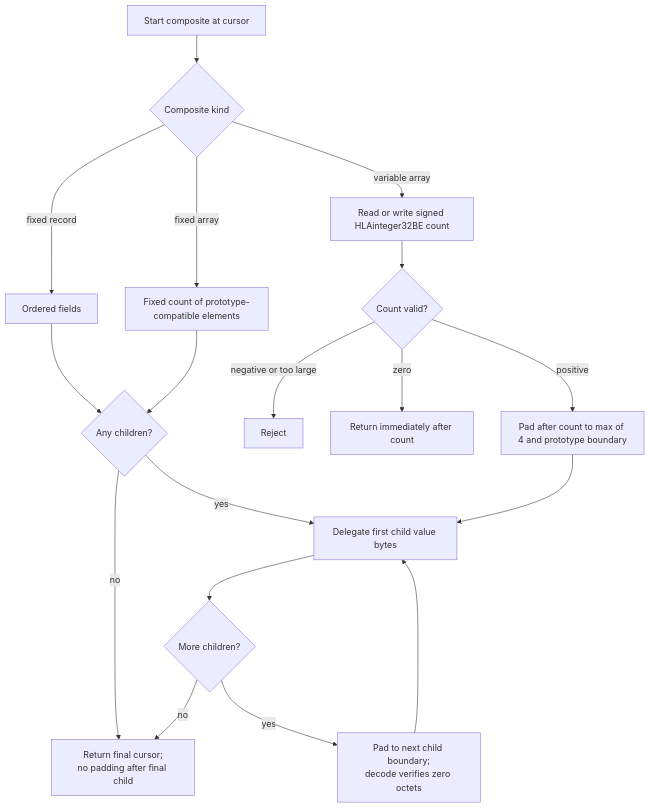
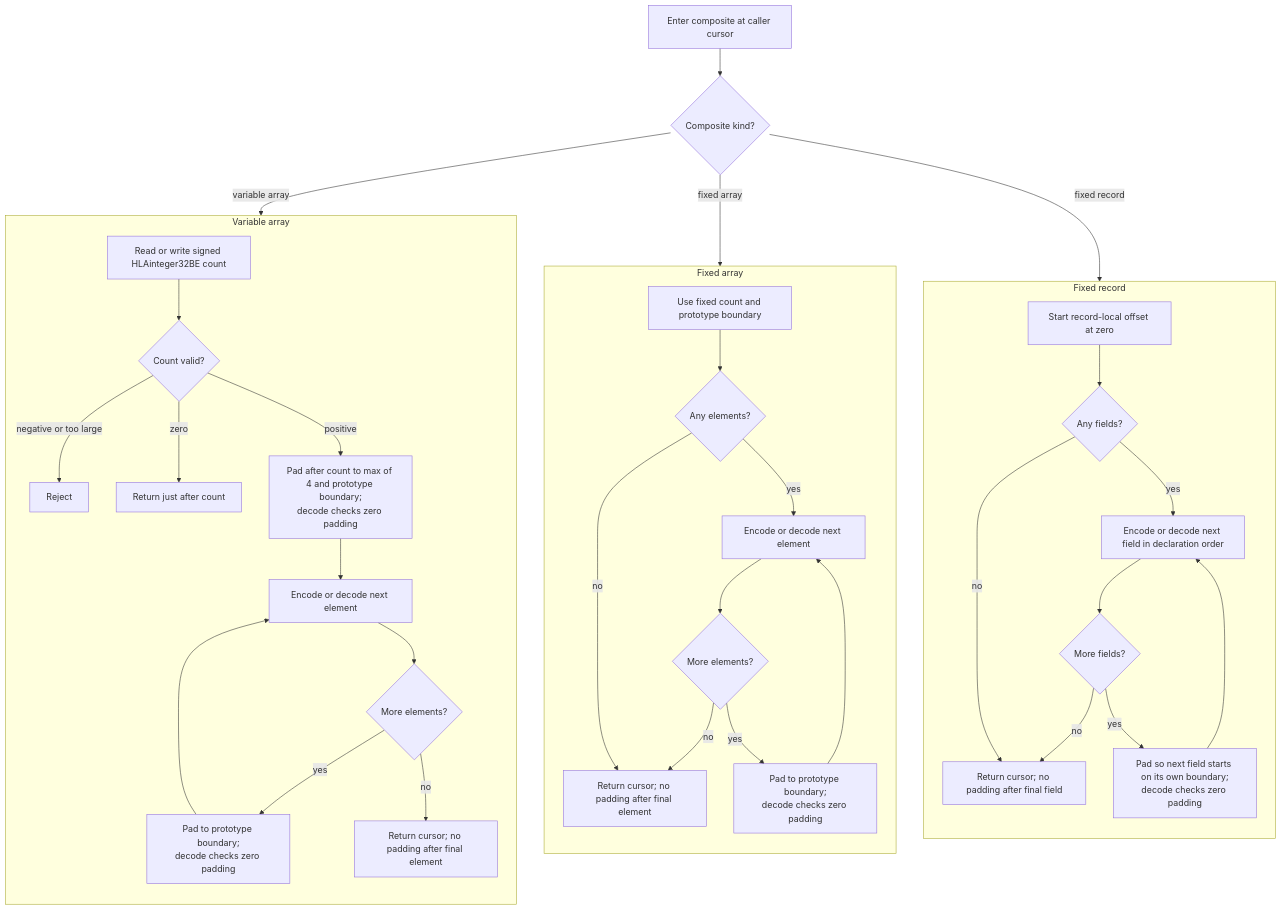
Before and after one commit to sheepfling/umbra: the fifth of 9 diagrams in docs/design/HLA-2025-DATA-ELEMENT-ENCODING-FLOW-GUIDE.md, drawn with Mermaid. The commit also changed other lines of this file and 5 other files, not shown here.

````diff
--- a/docs/design/HLA-2025-DATA-ELEMENT-ENCODING-FLOW-GUIDE.md
+++ b/docs/design/HLA-2025-DATA-ELEMENT-ENCODING-FLOW-GUIDE.md
@@ -293,20 +297,42 @@
 ```mermaid
 flowchart TD
-  S[Start composite at cursor] --> K{Composite kind}
-  K -->|fixed record| R[Ordered fields]
-  K -->|fixed array| A[Fixed count of prototype-compatible elements]
-  K -->|variable array| C[Read or write signed HLAinteger32BE count]
-  R --> H{Any children?}
-  A --> H
-  H -->|no| F[Return cursor]
-  H -->|yes| V[Delegate first child value bytes]
-  C --> N{Count valid?}
-  N -->|negative or too large| E[Reject]
-  N -->|zero| Z[Return immediately after count]
-  N -->|positive| L[Pad after count to max of 4 and prototype boundary]
-  L --> V
-  V --> P{More children?}
-  P -->|yes| B[Pad to next child boundary;<br/>decode verifies zero octets]
-  B --> V
-  P -->|no| F[Return final cursor;<br/>no padding after final child]
+  S[Enter composite at caller cursor] --> K{Composite kind?}
+  K -->|fixed record| R0
+  K -->|fixed array| A0
+  K -->|variable array| C
+
+  subgraph Record[Fixed record]
+    direction TB
+    R0[Start record-local offset at zero] --> RN{Any fields?}
+    RN -->|yes| R[Encode or decode next field in declaration order]
+    RN -->|no| RE[Return cursor; no padding after final field]
+    R --> RM{More fields?}
+    RM -->|yes| RP[Pad so next field starts on its own boundary;<br/>decode checks zero padding]
+    RP --> R
+    RM -->|no| RE
+  end
+
+  subgraph FixedArray[Fixed array]
+    direction TB
+    A0[Use fixed count and prototype boundary] --> AN{Any elements?}
+    AN -->|yes| A[Encode or decode next element]
+    AN -->|no| AE[Return cursor; no padding after final element]
+    A --> AM{More elements?}
+    AM -->|yes| AP[Pad to prototype boundary;<br/>decode checks zero padding]
+    AP --> A
+    AM -->|no| AE
+  end
+
+  subgraph VariableArray[Variable array]
+    direction TB
+    C[Read or write signed HLAinteger32BE count] --> N{Count valid?}
+    N -->|negative or too large| E[Reject]
+    N -->|zero| Z[Return just after count]
+    N -->|positive| L[Pad after count to max of 4 and prototype boundary;<br/>decode checks zero padding]
+    L --> V[Encode or decode next element]
+    V --> VM{More elements?}
+    VM -->|yes| VP[Pad to prototype boundary;<br/>decode checks zero padding]
+    VP --> V
+    VM -->|no| VE[Return cursor; no padding after final element]
+  end
 ```
````
